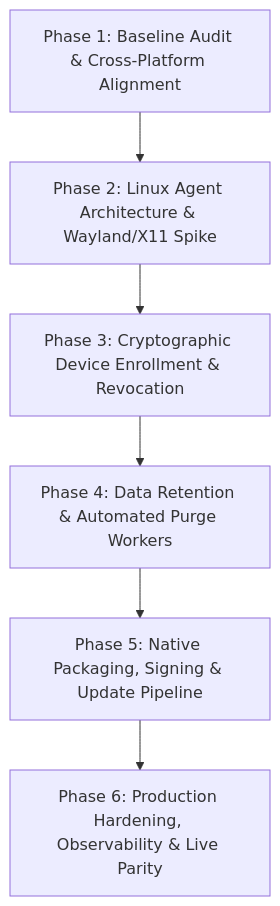
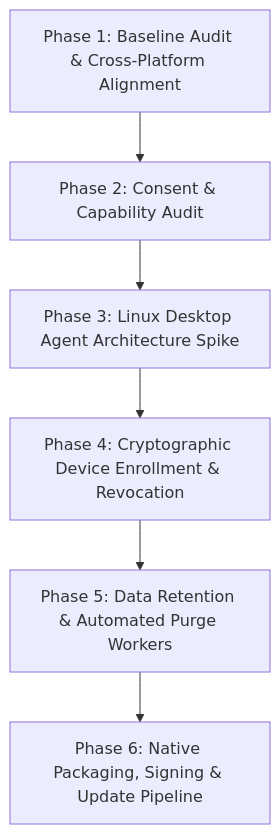
The diagram in docs/PM_EXECUTION_PLAN.md (DosiBridge/Dosi-Tracker), drawn with Mermaid before and after one commit. The commit also changed other lines of this file and 2 other files, not shown here.

````diff
--- a/docs/PM_EXECUTION_PLAN.md
+++ b/docs/PM_EXECUTION_PLAN.md
@@ -49,8 +51,8 @@
 ```mermaid
 flowchart TD
-    P1[Phase 1: Baseline Audit & Cross-Platform Alignment] --> P2[Phase 2: Linux Agent Architecture & Wayland/X11 Spike]
-    P2 --> P3[Phase 3: Cryptographic Device Enrollment & Revocation]
-    P3 --> P4[Phase 4: Data Retention & Automated Purge Workers]
-    P4 --> P5[Phase 5: Native Packaging, Signing & Update Pipeline]
-    P5 --> P6[Phase 6: Production Hardening, Observability & Live Parity]
+    P1[Phase 1: Baseline Audit & Cross-Platform Alignment] --> P2[Phase 2: Consent & Capability Audit]
+    P2 --> P3[Phase 3: Linux Desktop Agent Architecture Spike]
+    P3 --> P4[Phase 4: Cryptographic Device Enrollment & Revocation]
+    P4 --> P5[Phase 5: Data Retention & Automated Purge Workers]
+    P5 --> P6[Phase 6: Native Packaging, Signing & Update Pipeline]
 ```
````
